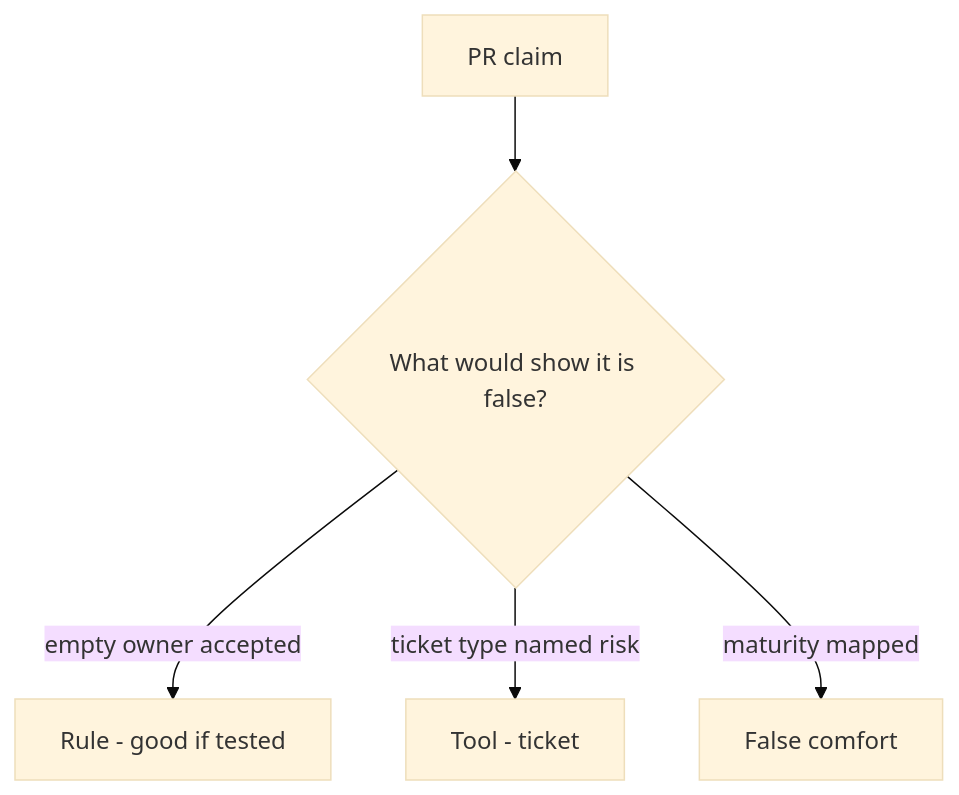
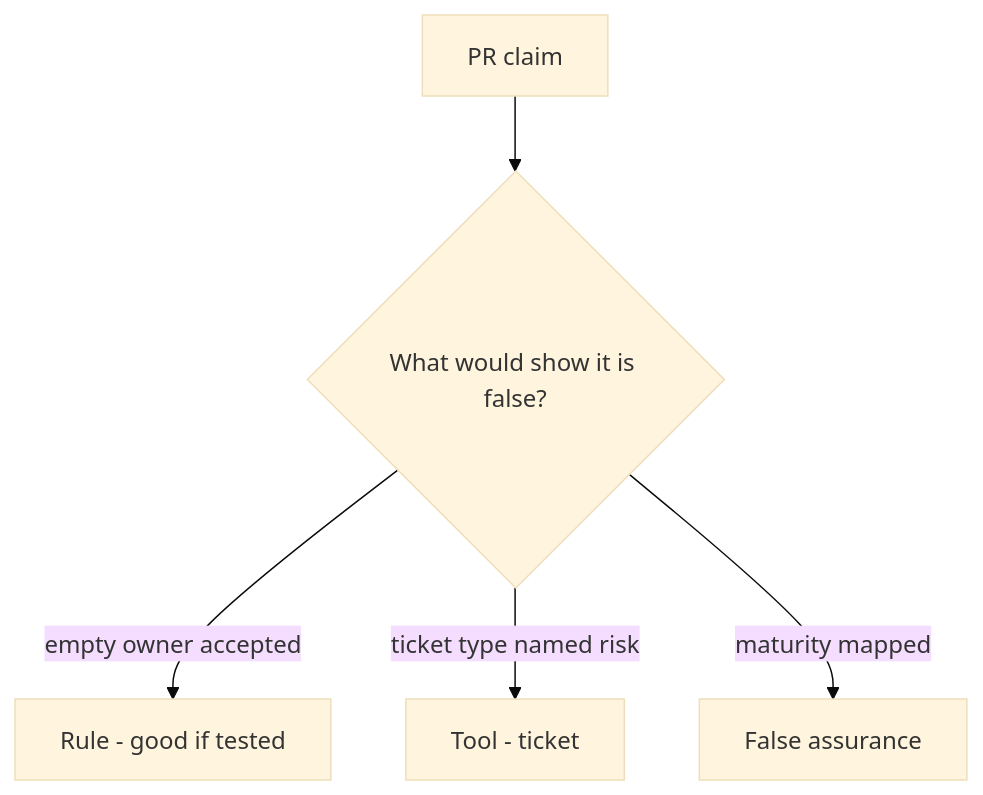
Before and after one commit to ishitvagoel/LearnSecurity: the diagram in content/modules/e/E6/lessons/08-review.md, drawn with Mermaid (base theme). The commit also changed other lines of this file and 240 other files, not shown here.

````diff
--- a/content/modules/e/E6/lessons/08-review.md
+++ b/content/modules/e/E6/lessons/08-review.md
@@ -18,7 +18,7 @@
 ```mermaid
 flowchart TD
   Claim[PR claim] --> Q{"What would show it is false?"}
   Q -->|empty owner accepted| Property["Rule - good if tested"]
   Q -->|ticket type named risk| Mechanism[Tool - ticket]
-  Q -->|maturity mapped| False[False comfort]
+  Q -->|maturity mapped| False[False assurance]
 ```
````
